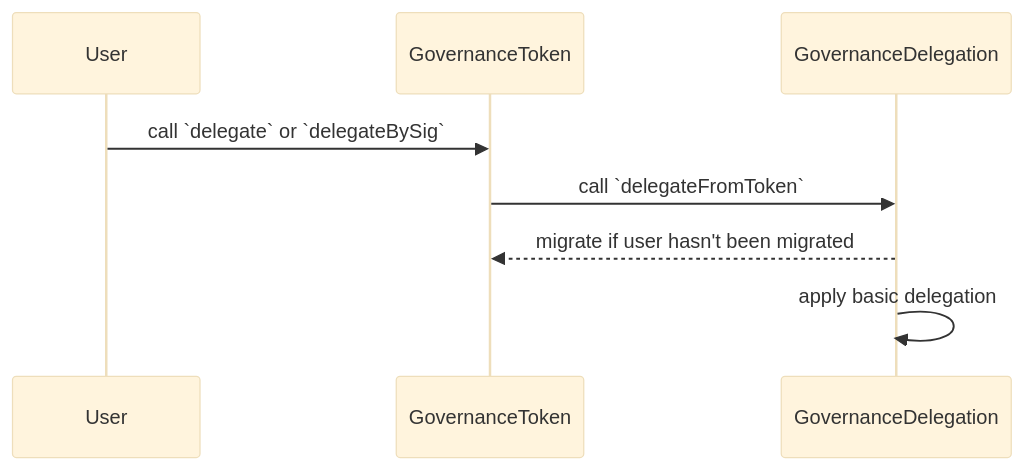
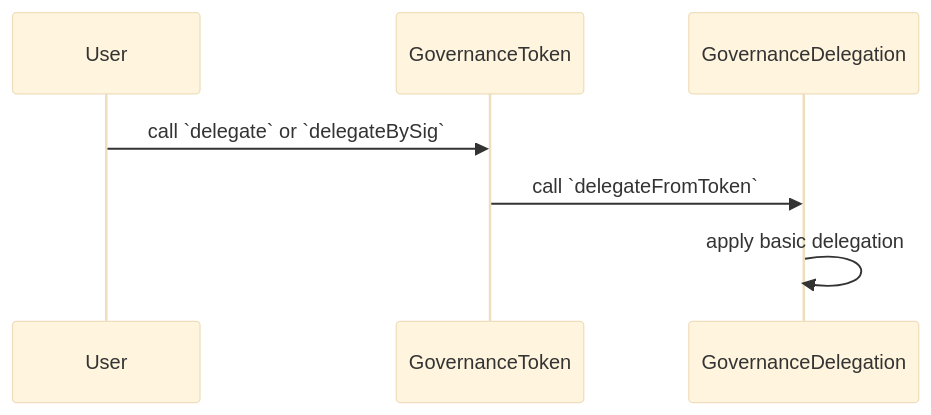
Before and after one commit to ethereum-optimism/specs: the diagram in specs/experimental/gov-delegation.md, drawn with Mermaid (base theme). The commit also changed other lines of this file, not shown here.

Commit message:
governance: remove migration

````diff
--- a/specs/experimental/gov-delegation.md
+++ b/specs/experimental/gov-delegation.md
@@ -354,7 +304,6 @@
 ```mermaid
 sequenceDiagram
     User ->> GovernanceToken: call `delegate` or `delegateBySig`
     GovernanceToken ->> GovernanceDelegation: call `delegateFromToken`
-    GovernanceDelegation -->> GovernanceToken: migrate if user hasn't been migrated
     GovernanceDelegation ->> GovernanceDelegation: apply basic delegation
 ```
````
